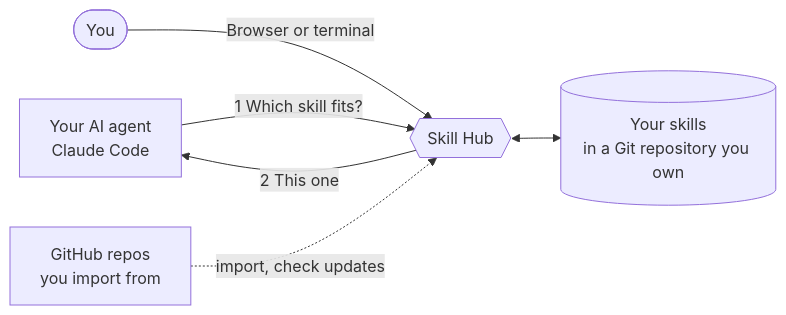
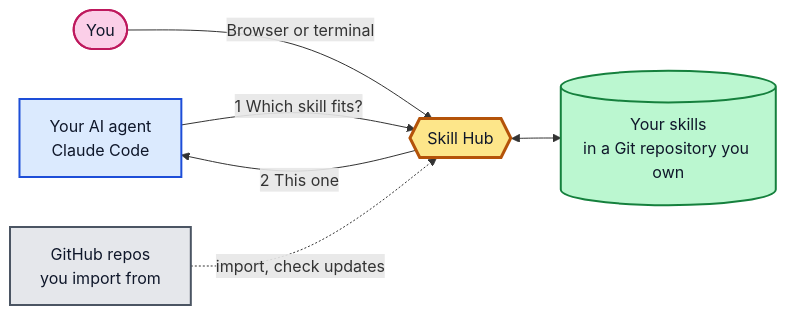
Before and after one commit to vantt/mcp-skill-hub: the diagram in README.md, drawn with Mermaid.

Commit message:
docs(readme): put how it works before why and color the diagram by role

````diff
--- a/README.md
+++ b/README.md
@@ -37,14 +29,25 @@
 ```mermaid
 flowchart LR
     agent["Your AI agent<br/>Claude Code"]
     hub{{"Skill Hub"}}
     repo[("Your skills<br/>in a Git repository you own")]
     you(["You"])
     gh["GitHub repos<br/>you import from"]
 
     agent -- "1 Which skill fits?" --> hub
     hub -- "2 This one" --> agent
     hub <--> repo
     you -- "Browser or terminal" --> hub
     gh -. "import, check updates" .-> hub
+
+    classDef agentNode fill:#dbeafe,stroke:#1d4ed8,stroke-width:2px,color:#0f172a
+    classDef hubNode fill:#fde68a,stroke:#b45309,stroke-width:3px,color:#0f172a
+    classDef storeNode fill:#bbf7d0,stroke:#15803d,stroke-width:2px,color:#0f172a
+    classDef personNode fill:#fbcfe8,stroke:#be185d,stroke-width:2px,color:#0f172a
+    classDef externalNode fill:#e5e7eb,stroke:#4b5563,stroke-width:2px,color:#0f172a
+    class agent agentNode
+    class hub hubNode
+    class repo storeNode
+    class you personNode
+    class gh externalNode
 ```
````
